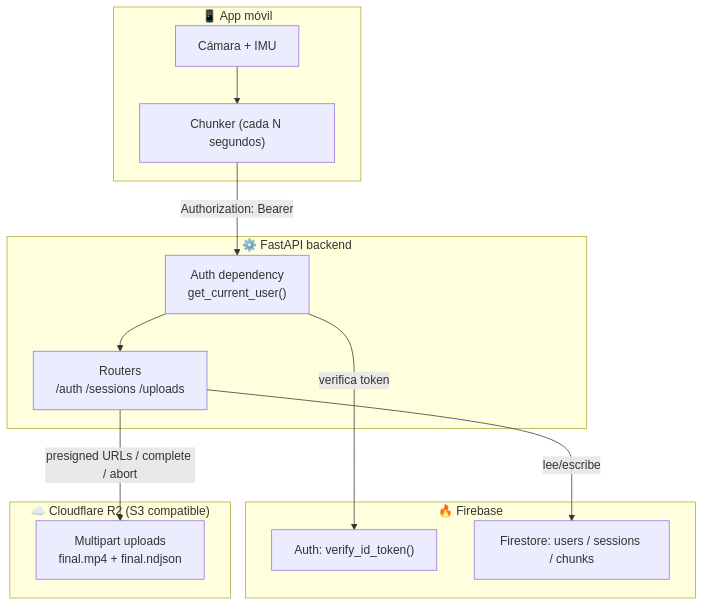
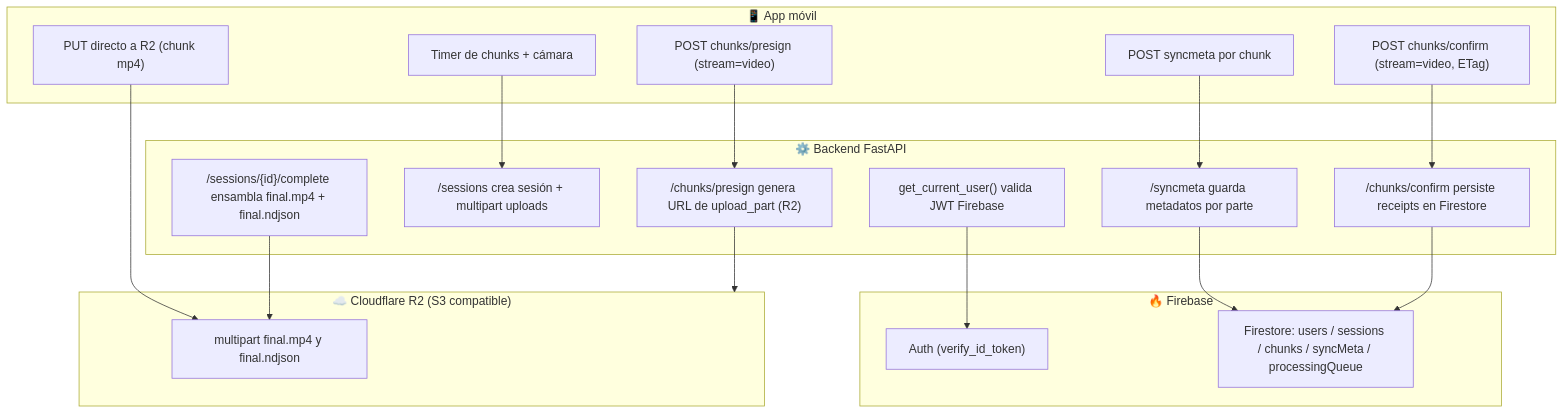
Before and after one commit to leoperezz/robonet-backend: the first of 2 diagrams in docs/scheme_backend.md, drawn with Mermaid. The commit also changed other lines of this file and 5 other files, not shown here.

````diff
--- a/docs/scheme_backend.md
+++ b/docs/scheme_backend.md
@@ -15,24 +18,36 @@
 ```mermaid
 graph TB
   subgraph Mobile["📱 App móvil"]
-    A["Cámara + IMU"] --> B["Chunker (cada N segundos)"]
+    M1["Timer de chunks + cámara"]
+    M2["POST syncmeta por chunk"]
+    M3["POST chunks/presign (stream=video)"]
+    M4["PUT directo a R2 (chunk mp4)"]
+    M5["POST chunks/confirm (stream=video, ETag)"]
   end
 
-  subgraph Backend["⚙️ FastAPI backend"]
-    C["Auth dependency<br/>get_current_user()"] --> D["Routers<br/>/auth /sessions /uploads"]
+  subgraph Backend["⚙️ Backend FastAPI"]
+    B1["get_current_user() valida JWT Firebase"]
+    B2["/sessions crea sesión + multipart uploads"]
+    B3["/chunks/presign genera URL de upload_part (R2)"]
+    B4["/chunks/confirm persiste receipts en Firestore"]
+    B5["/sessions/{id}/complete ensambla final.mp4 + final.ndjson"]
+    B6["/syncmeta guarda metadatos por parte"]
   end
 
   subgraph Firebase["🔥 Firebase"]
-    FA["Auth: verify_id_token()"]
-    FS["Firestore: users / sessions / chunks"]
+    F1["Auth (verify_id_token)"]
+    F2["Firestore: users / sessions / chunks / syncMeta / processingQueue"]
   end
 
   subgraph R2["☁️ Cloudflare R2 (S3 compatible)"]
-    R["Multipart uploads<br/>final.mp4 + final.ndjson"]
+    R1["multipart final.mp4 y final.ndjson"]
   end
 
-  B -->|"Authorization: Bearer <Firebase ID Token>"| C
-  C -->|"verifica token"| FA
-  D -->|"lee/escribe"| FS
-  D -->|"presigned URLs / complete / abort"| R
+  M1 --> B2
+  M2 --> B6 --> F2
+  M3 --> B3 --> R2
+  M4 --> R1
+  M5 --> B4 --> F2
+  B5 --> R1
+  B1 --> F1
 ```
````
